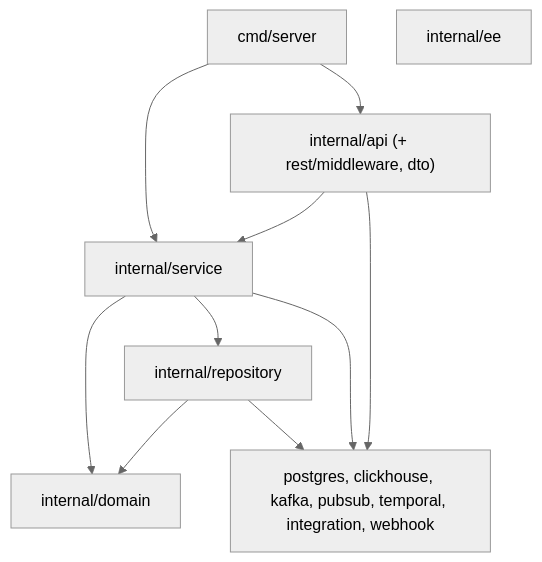
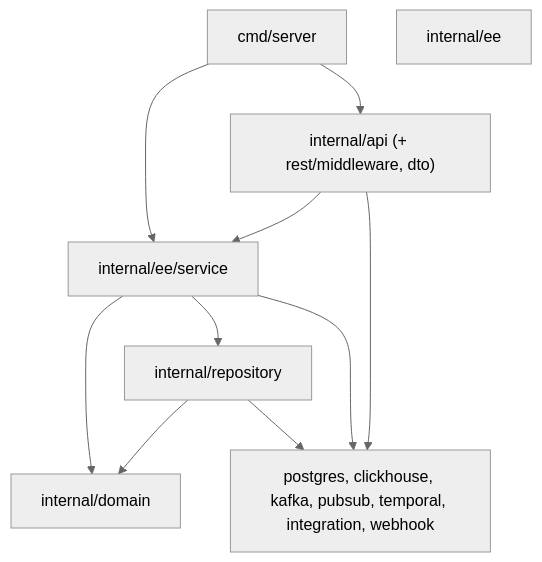
One commit to flexprice/flexprice changed the diagram in docs/REPO_MAP.md. Above: the diagram before and after it, drawn with Mermaid (neutral theme). The commit also changed other lines of this file and 136 other files, not shown here.

````diff
--- a/docs/REPO_MAP.md
+++ b/docs/REPO_MAP.md
@@ -45,19 +45,19 @@
 ```mermaid
 flowchart TB
   cmd["cmd/server"]
   api["internal/api (+ rest/middleware, dto)"]
-  svc["internal/service"]
+  svc["internal/ee/service"]
   dom["internal/domain"]
   repo["internal/repository"]
   infra["postgres, clickhouse, kafka, pubsub, temporal, integration, webhook"]
   ee["internal/ee"]
   cmd --> api
   cmd --> svc
   api --> svc
   svc --> dom
   svc --> repo
   repo --> dom
   repo --> infra
   svc --> infra
   api --> infra
 ```
````
